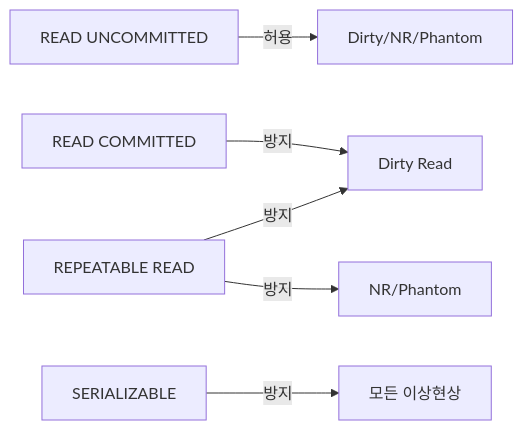
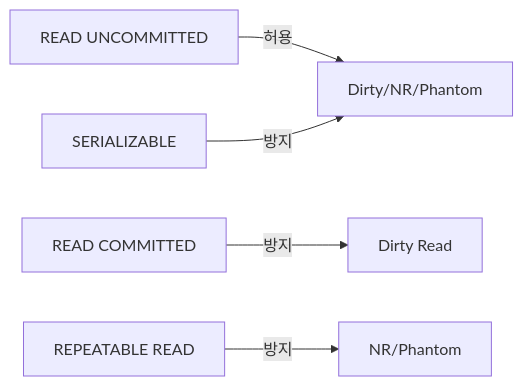
One commit to yjkim2015/yjkim2015.github.io changed diagram 11 of 15 in _posts/db/2026-05-01-db-comparison.md. Above: the diagram before and after it, drawn with Mermaid. The commit also changed other lines of this file and 245 other files, not shown here.

First line of the commit message:
Mermaid 다이어그램 전면 수정 + 면접 포인트 접기/펼치기 + DB 데드락 페이지

````diff
--- a/_posts/db/2026-05-01-db-comparison.md
+++ b/_posts/db/2026-05-01-db-comparison.md
@@ -295,8 +295,7 @@
 ```mermaid
 graph LR
     RU["READ UNCOMMITTED"] -->|"허용"| ALL["Dirty/NR/Phantom"]
     RC["READ COMMITTED"] -->|"방지"| DR["Dirty Read"]
-    RR["REPEATABLE READ"] -->|"방지"| DR
     RR["REPEATABLE READ"] -->|"방지"| NR["NR/Phantom"]
-    SE["SERIALIZABLE"] -->|"방지"| ALL2["모든 이상현상"]
+    SE["SERIALIZABLE"] -->|"방지"| ALL
 ```
````
